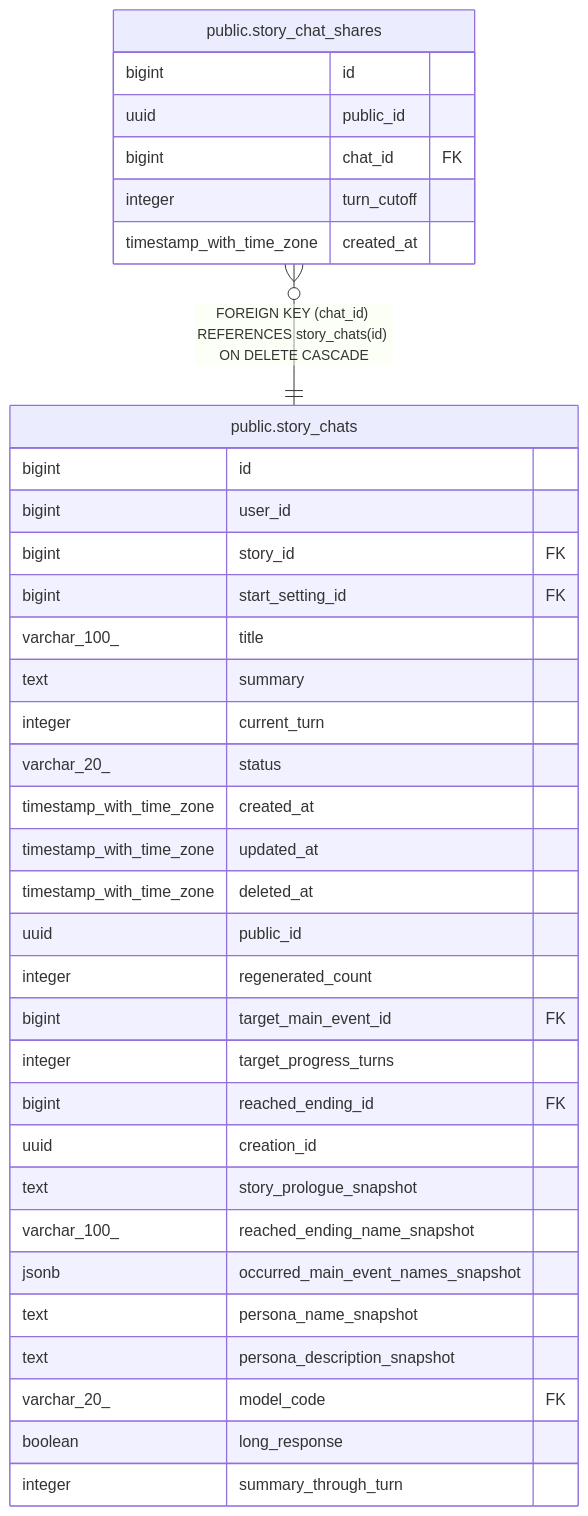
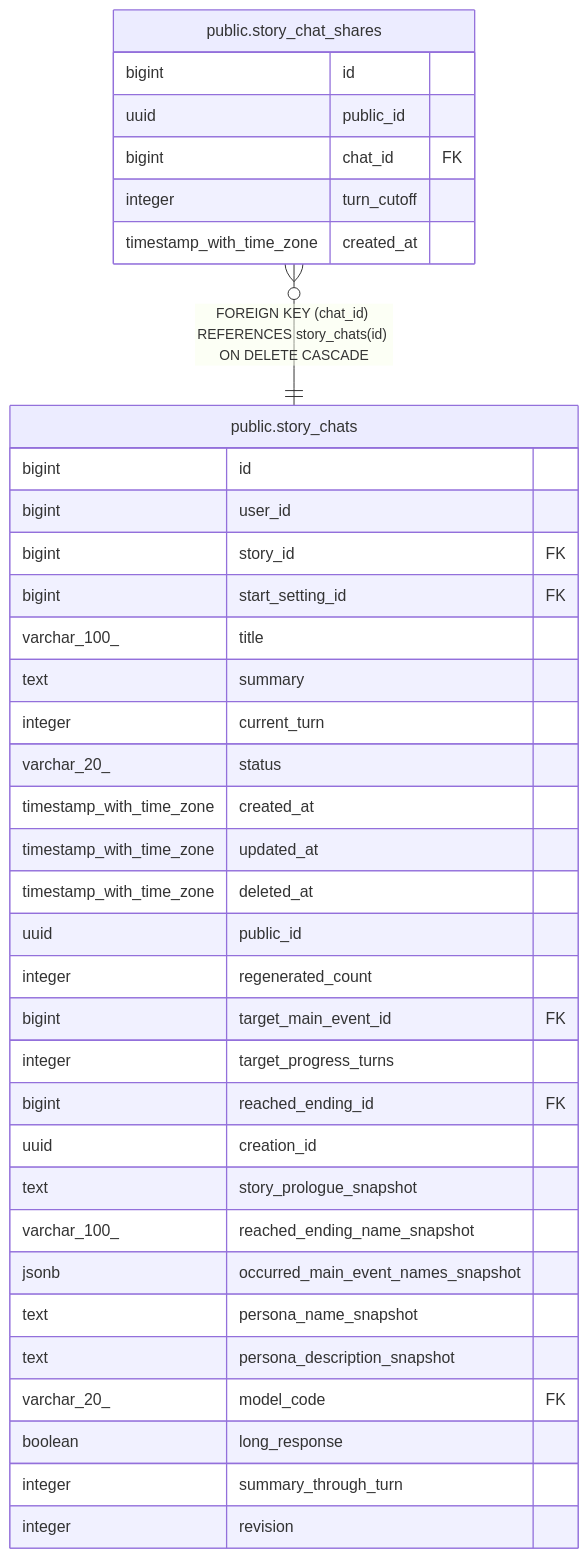
One commit to KIM-N-KANG/manyak-server changed the diagram in dbdoc/public.story_chat_shares.md. Above: the diagram before and after it, drawn with Mermaid. The commit also changed 29 other files, not shown here.

````diff
--- a/dbdoc/public.story_chat_shares.md
+++ b/dbdoc/public.story_chat_shares.md
@@ -32,40 +32,41 @@
 ```mermaid
 erDiagram
 
 "public.story_chat_shares" }o--|| "public.story_chats" : "FOREIGN KEY (chat_id) REFERENCES story_chats(id) ON DELETE CASCADE"
 
 "public.story_chat_shares" {
   bigint id
   uuid public_id
   bigint chat_id FK
   integer turn_cutoff
   timestamp_with_time_zone created_at
 }
 "public.story_chats" {
   bigint id
   bigint user_id
   bigint story_id FK
   bigint start_setting_id FK
   varchar_100_ title
   text summary
   integer current_turn
   varchar_20_ status
   timestamp_with_time_zone created_at
   timestamp_with_time_zone updated_at
   timestamp_with_time_zone deleted_at
   uuid public_id
   integer regenerated_count
   bigint target_main_event_id FK
   integer target_progress_turns
   bigint reached_ending_id FK
   uuid creation_id
   text story_prologue_snapshot
   varchar_100_ reached_ending_name_snapshot
   jsonb occurred_main_event_names_snapshot
   text persona_name_snapshot
   text persona_description_snapshot
   varchar_20_ model_code FK
   boolean long_response
   integer summary_through_turn
+  integer revision
 }
 ```
````
